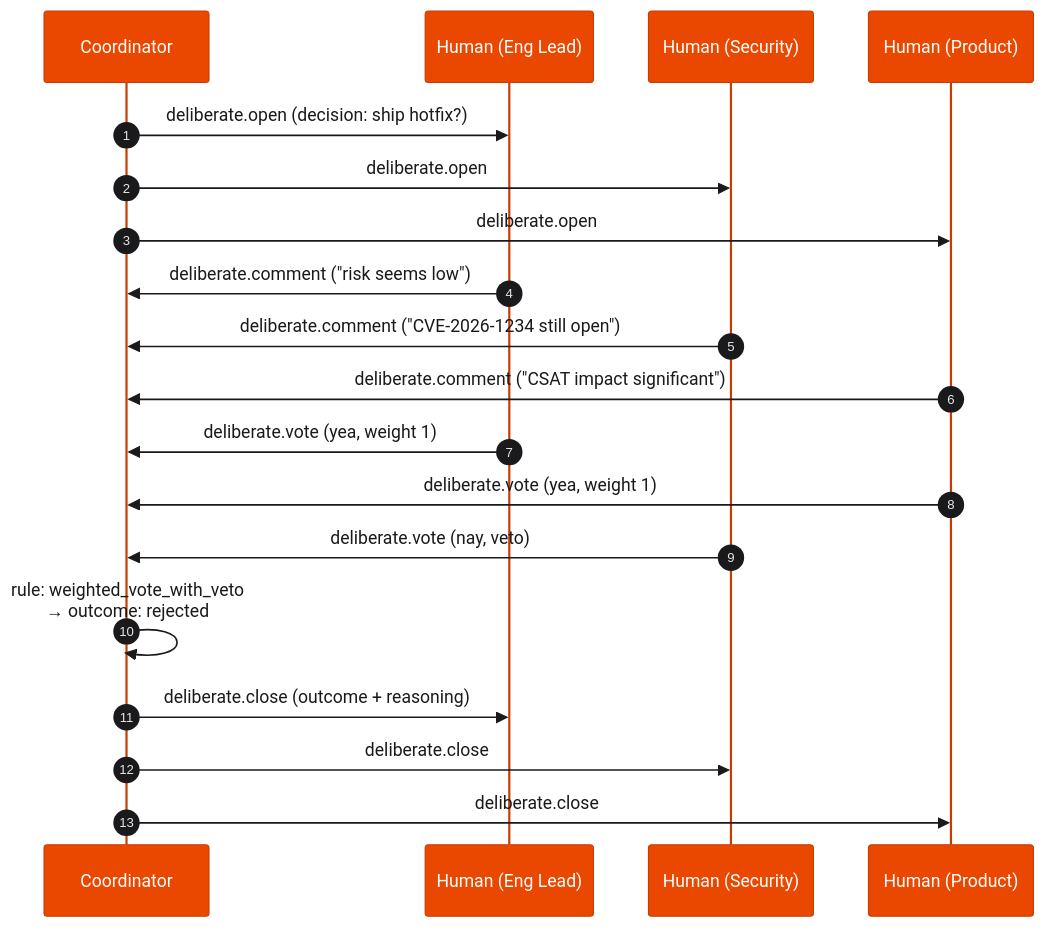
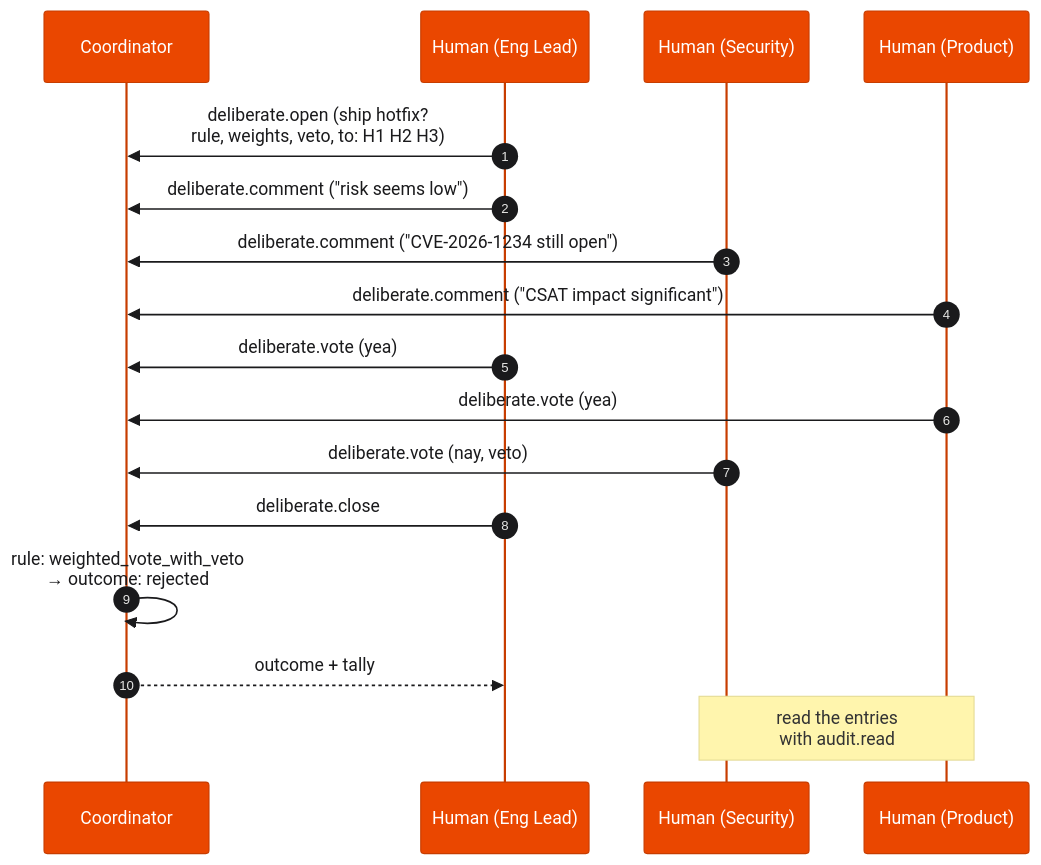
Before and after one commit to BrightbeamAI/chap: the seventh of 9 diagrams in ARCHITECTURE.md, drawn with Mermaid. The commit also changed other lines of this file and 8 other files, not shown here.

````diff
--- a/ARCHITECTURE.md
+++ b/ARCHITECTURE.md
@@ -365,36 +374,34 @@
 ```mermaid
 %%{init: {
   "theme": "base",
   "themeVariables": {
     "fontSize": "22px",
     "fontFamily": "Arial, Helvetica, sans-serif",
     "primaryColor": "#ffffff",
     "primaryTextColor": "#1a1a1c",
     "primaryBorderColor": "#1a1a1c",
     "lineColor": "#1a1a1c",
     "actorBkg": "#EA4700",
     "actorTextColor": "#ffffff",
     "actorBorder": "#C73D00"
   }
 }}%%
 sequenceDiagram
     autonumber
     participant C as Coordinator
     participant H1 as Human (Eng Lead)
     participant H2 as Human (Security)
     participant H3 as Human (Product)
 
-    C->>H1: deliberate.open (decision: ship hotfix?)
-    C->>H2: deliberate.open
-    C->>H3: deliberate.open
+    H1->>C: deliberate.open (ship hotfix?<br/>rule, weights, veto, to: H1 H2 H3)
     H1->>C: deliberate.comment ("risk seems low")
     H2->>C: deliberate.comment ("CVE-2026-1234 still open")
     H3->>C: deliberate.comment ("CSAT impact significant")
-    H1->>C: deliberate.vote (yea, weight 1)
-    H3->>C: deliberate.vote (yea, weight 1)
+    H1->>C: deliberate.vote (yea)
+    H3->>C: deliberate.vote (yea)
     H2->>C: deliberate.vote (nay, veto)
+    H1->>C: deliberate.close
     C->>C: rule: weighted_vote_with_veto<br/>→ outcome: rejected
-    C->>H1: deliberate.close (outcome + reasoning)
-    C->>H2: deliberate.close
-    C->>H3: deliberate.close
+    C-->>H1: outcome + tally
+    Note over H2,H3: read the entries<br/>with audit.read
 ```
````
